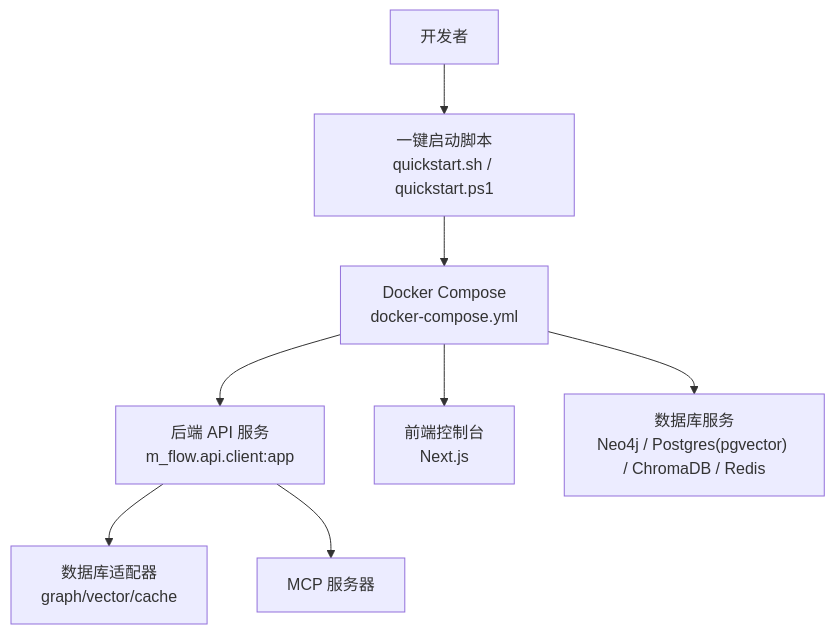
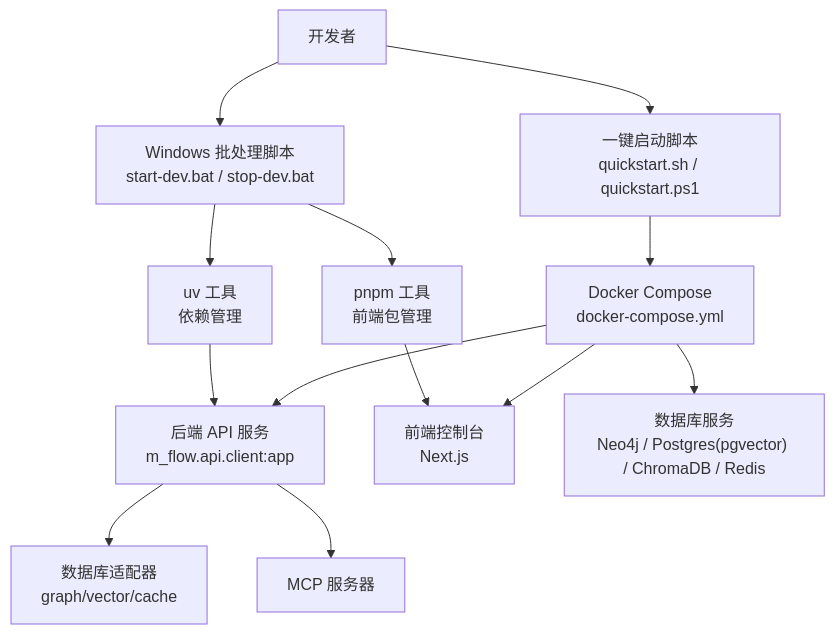
The second of 3 diagrams in .qoder/repowiki/zh/content/开发指南/开发环境搭建.md (alvinwangzi/m_flow), drawn with Mermaid before and after one commit. The commit also changed other lines of this file and 38 other files, not shown here.

````diff
--- a/.qoder/repowiki/zh/content/开发指南/开发环境搭建.md
+++ b/.qoder/repowiki/zh/content/开发指南/开发环境搭建.md
@@ -77,10 +95,15 @@
 ```mermaid
 graph TB
 Dev["开发者"] --> QS["一键启动脚本<br/>quickstart.sh / quickstart.ps1"]
+Dev --> WB["Windows 批处理脚本<br/>start-dev.bat / stop-dev.bat"]
 QS --> DC["Docker Compose<br/>docker-compose.yml"]
+WB --> UV["uv 工具<br/>依赖管理"]
+WB --> PNPM["pnpm 工具<br/>前端包管理"]
 DC --> API["后端 API 服务<br/>m_flow.api.client:app"]
 DC --> FE["前端控制台<br/>Next.js"]
 DC --> DB["数据库服务<br/>Neo4j / Postgres(pgvector) / ChromaDB / Redis"]
+UV --> API
+PNPM --> FE
 API --> ADP["数据库适配器<br/>graph/vector/cache"]
 API --> MCP["MCP 服务器"]
 ```
````
